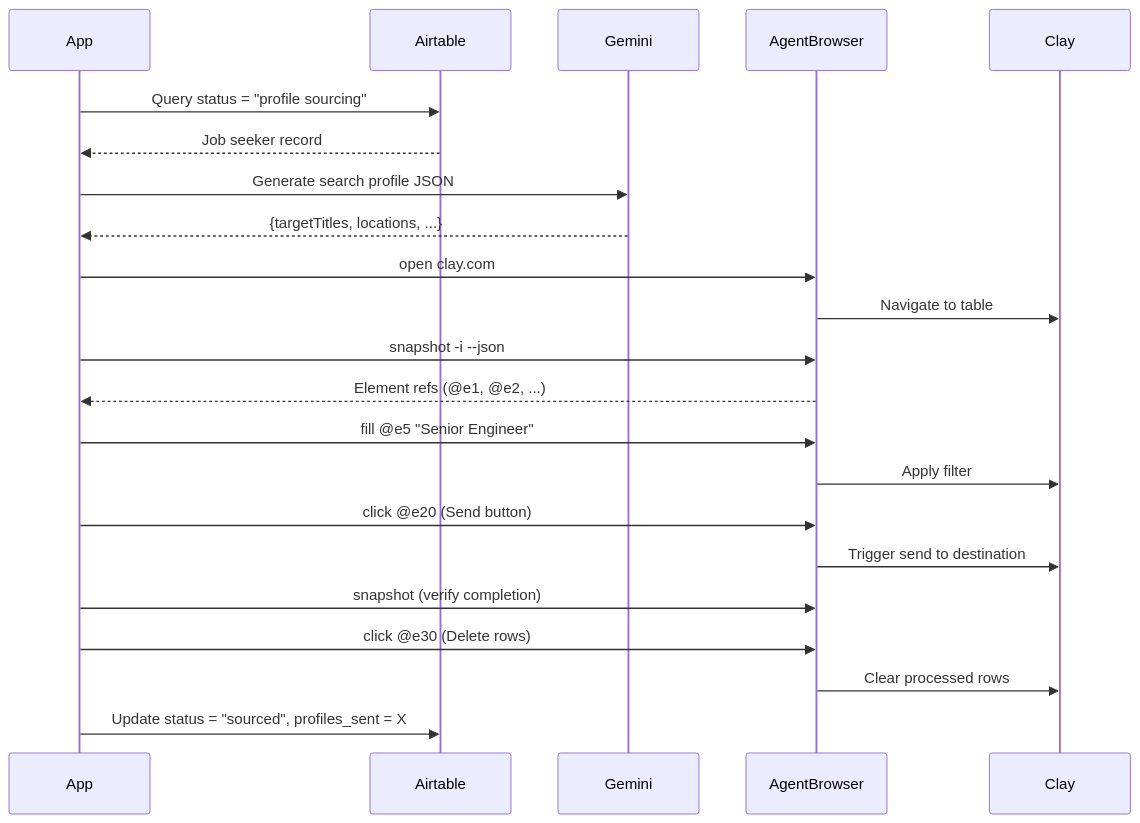
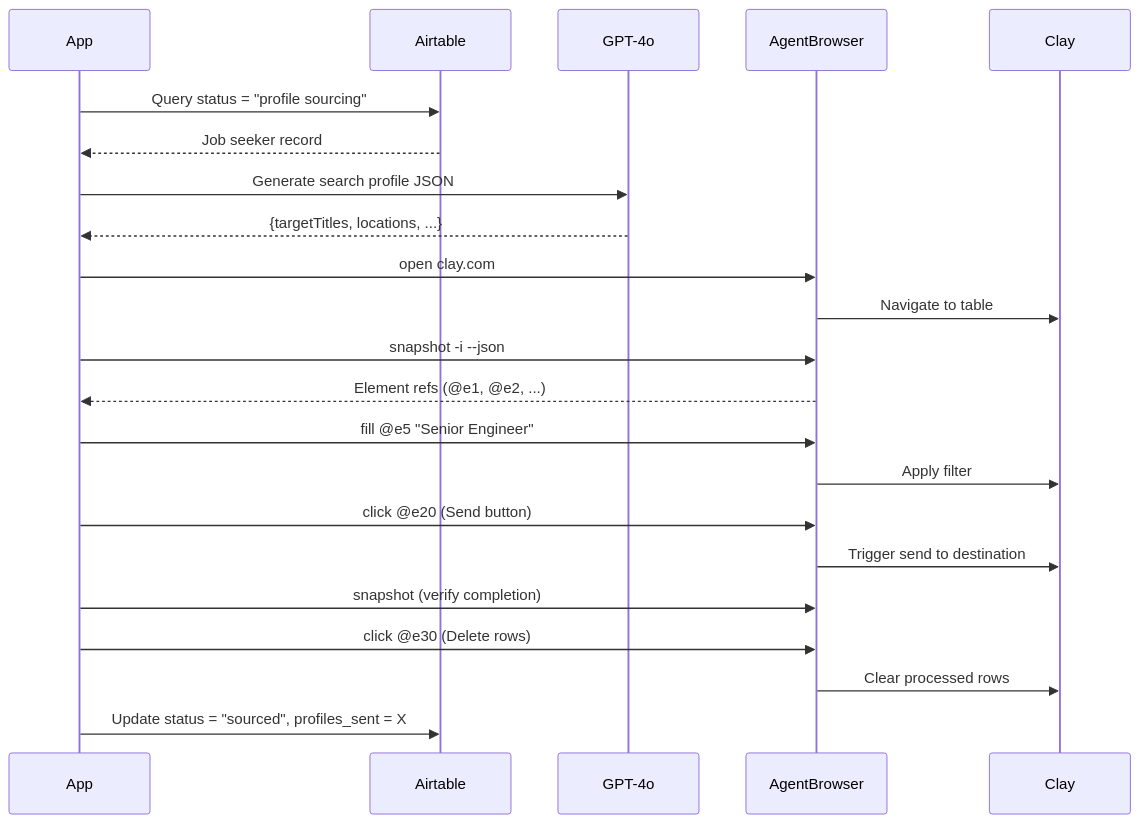
One commit to kcyh7428/reverse-recruiter changed the diagram in PRD.md. Above: the diagram before and after it, drawn with Mermaid. The commit also changed other lines of this file and 14 other files, not shown here.

````diff
--- a/PRD.md
+++ b/PRD.md
@@ -232,25 +232,25 @@
 ```mermaid
 sequenceDiagram
     participant App
     participant Airtable
-    participant Gemini
+    participant GPT4o as GPT-4o
     participant AgentBrowser
     participant Clay
 
     App->>Airtable: Query status = "profile sourcing"
     Airtable-->>App: Job seeker record
-    App->>Gemini: Generate search profile JSON
-    Gemini-->>App: {targetTitles, locations, ...}
+    App->>GPT4o: Generate search profile JSON
+    GPT4o-->>App: {targetTitles, locations, ...}
     App->>AgentBrowser: open clay.com
     AgentBrowser->>Clay: Navigate to table
     App->>AgentBrowser: snapshot -i --json
     AgentBrowser-->>App: Element refs (@e1, @e2, ...)
     App->>AgentBrowser: fill @e5 "Senior Engineer"
     AgentBrowser->>Clay: Apply filter
     App->>AgentBrowser: click @e20 (Send button)
     AgentBrowser->>Clay: Trigger send to destination
     App->>AgentBrowser: snapshot (verify completion)
     App->>AgentBrowser: click @e30 (Delete rows)
     AgentBrowser->>Clay: Clear processed rows
     App->>Airtable: Update status = "sourced", profiles_sent = X
 ```
````
